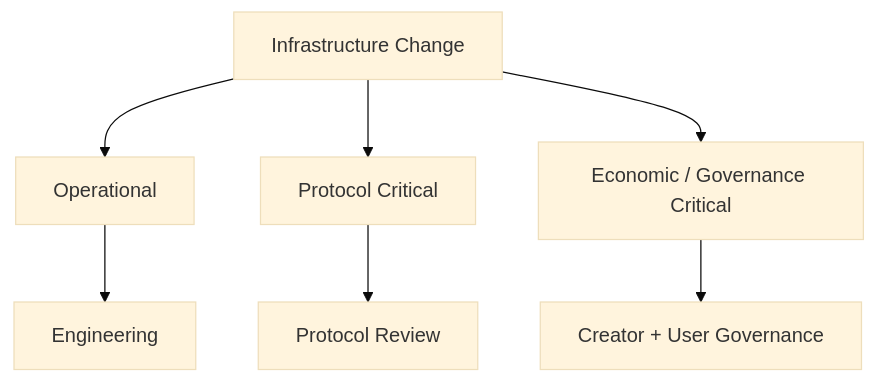
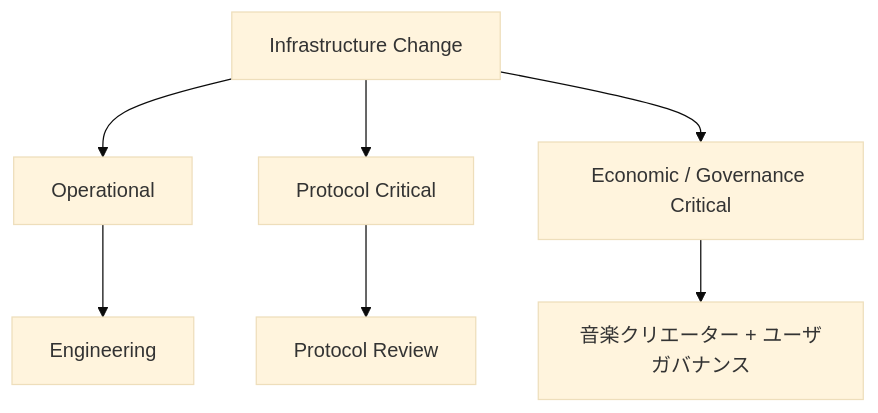
One commit to ShigeichiroYamasaki/creator-first-platform changed diagram 35 of 47 in docs/whitepaper/12-infrastructure-cost.md. Above: the diagram before and after it, drawn with Mermaid (base theme). The commit also changed other lines of this file and 67 other files, not shown here.

````diff
--- a/docs/whitepaper/12-infrastructure-cost.md
+++ b/docs/whitepaper/12-infrastructure-cost.md
@@ -1531,12 +1531,12 @@
 ```mermaid
 flowchart TD
     CHANGE[Infrastructure Change]
 
     CHANGE --> OPS[Operational]
     CHANGE --> PROTOCOL[Protocol Critical]
     CHANGE --> ECON[Economic / Governance Critical]
 
     OPS --> TEAM[Engineering]
     PROTOCOL --> REVIEW[Protocol Review]
-    ECON --> GOV[Creator + User Governance]
+    ECON --> GOV[音楽クリエーター + ユーザガバナンス]
 ```
````
